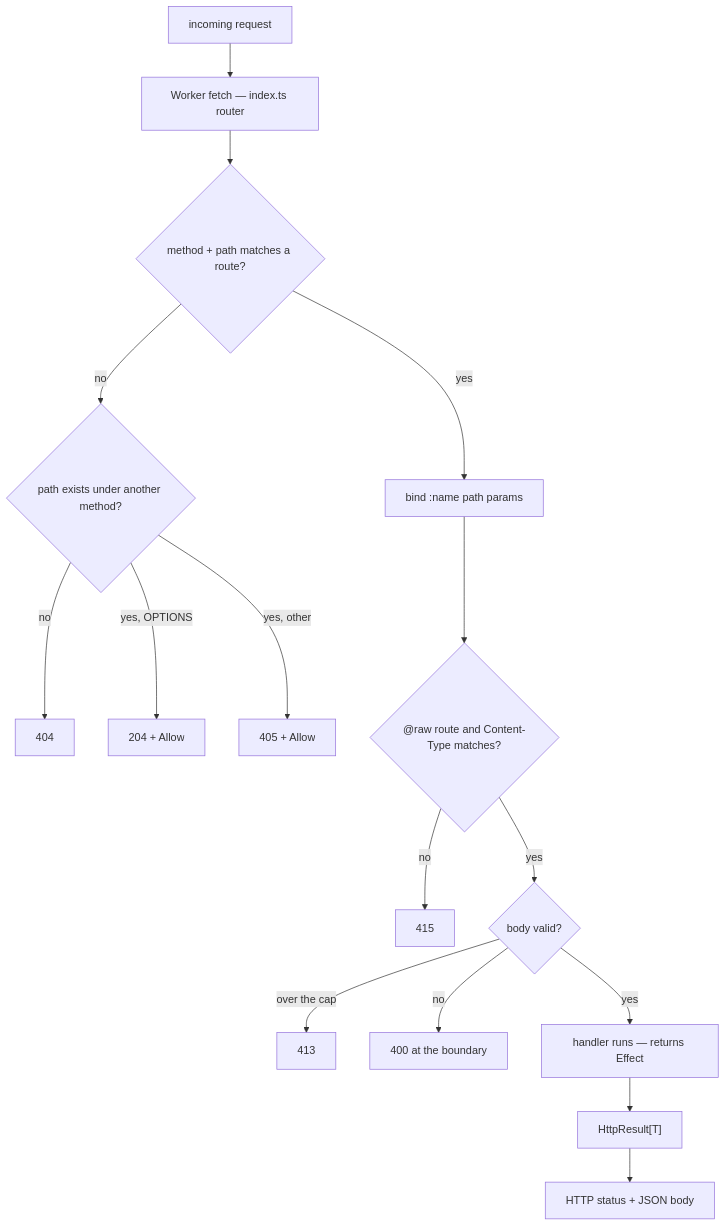
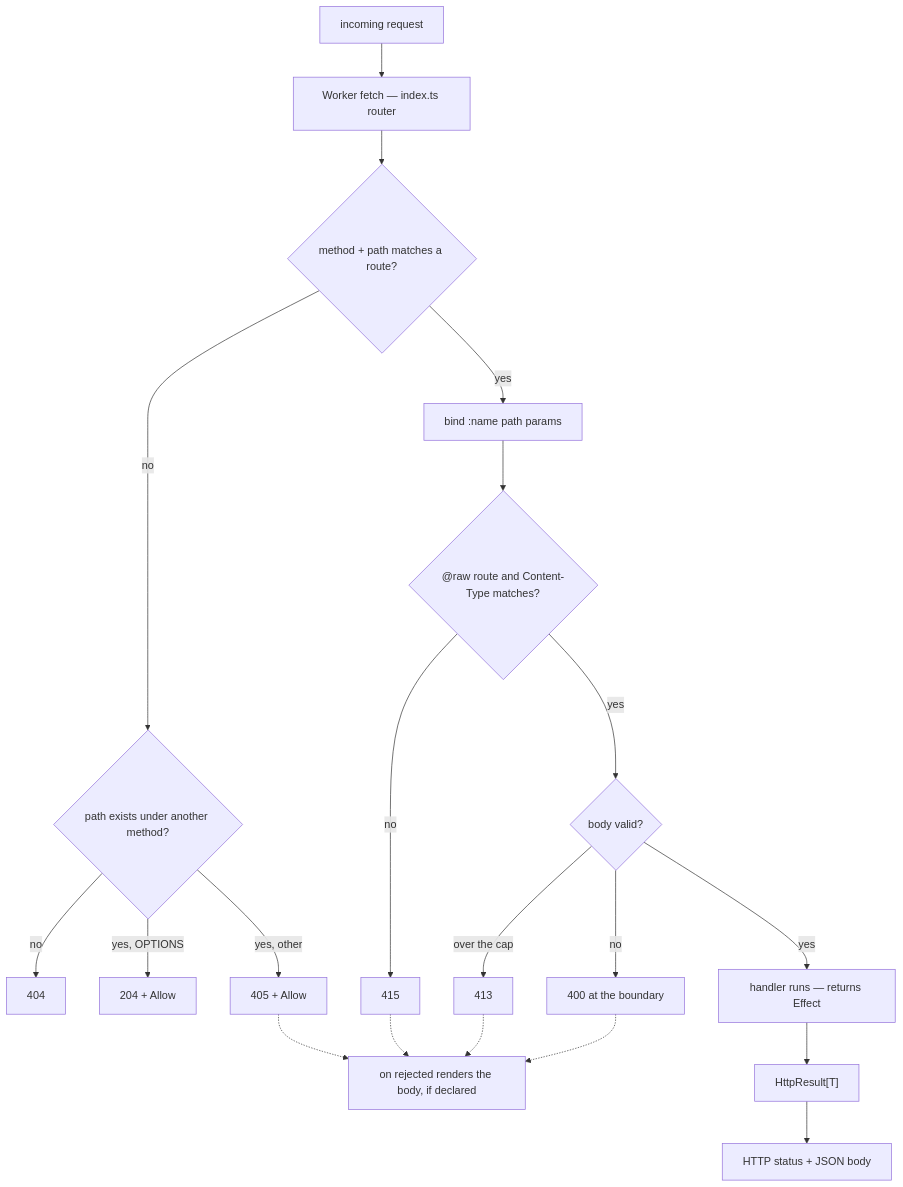
Before and after one commit to bynk-lang/bynk: the diagram in site/src/content/docs/book/reference/http.md, drawn with Mermaid. The commit also changed other lines of this file and 59 other files, not shown here.

First line of the commit message:
L4 part 2: on rejected renders the router's rejections (#2341)

````diff
--- a/site/src/content/docs/book/reference/http.md
+++ b/site/src/content/docs/book/reference/http.md
@@ -710,18 +745,22 @@
 ```mermaid
 flowchart TD
   req["incoming request"] --> router["Worker fetch — index.ts router"]
   router --> match{"method + path matches a route?"}
   match -->|yes| params["bind :name path params"]
   match -->|no| known{"path exists under another method?"}
   known -->|no| nf["404"]
   known -->|yes, OPTIONS| opt["204 + Allow"]
   known -->|yes, other| m405["405 + Allow"]
   params --> ctype{"@raw route and Content-Type matches?"}
   ctype -->|no| m415["415"]
   ctype -->|yes| body{"body valid?"}
   body -->|over the cap| m413["413"]
   body -->|no| bad["400 at the boundary"]
+  m405 -.-> hook["on rejected renders the body, if declared"]
+  m415 -.-> hook
+  m413 -.-> hook
+  bad -.-> hook
   body -->|yes| handler["handler runs — returns Effect"]
   handler --> result["HttpResult[T]"]
   result --> status["HTTP status + JSON body"]
 ```
````
